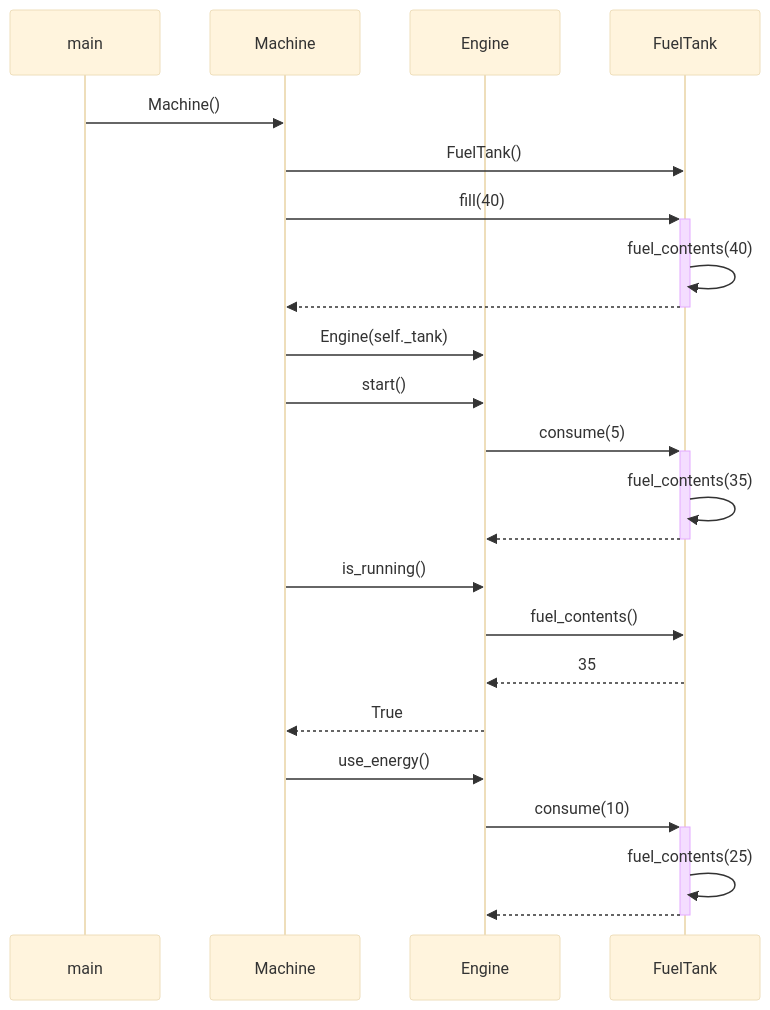
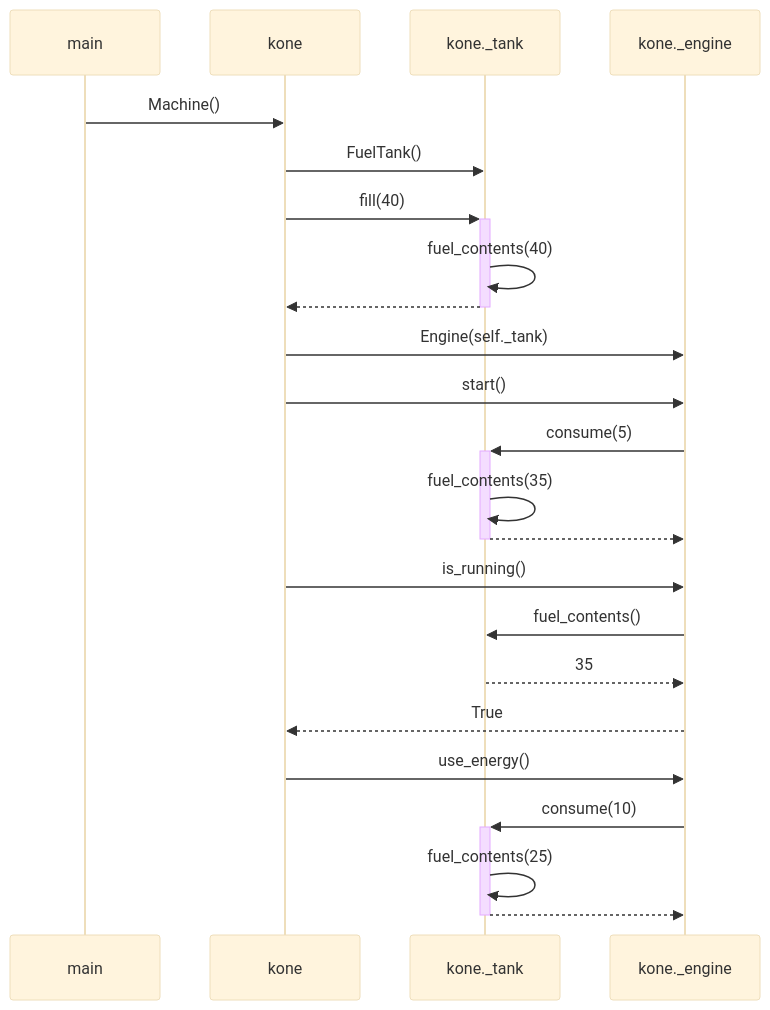
One commit to TheJiahao/ohte-harjoitustyo changed the diagram in laskarit/viikko3/t3.md. Above: the diagram before and after it, drawn with Mermaid (base theme). The commit also changed other lines of this file, not shown here.

Commit message:
Update laskari v3t3

````diff
--- a/laskarit/viikko3/t3.md
+++ b/laskarit/viikko3/t3.md
@@ -13,26 +14,21 @@
 ```mermaid
     sequenceDiagram
-    participant main
-    participant Machine
-    participant Engine
-    participant FuelTank
-
-    main ->> Machine: Machine()
-    Machine ->> FuelTank: FuelTank()
-    Machine ->>+ FuelTank: fill(40)
-    FuelTank ->> FuelTank: fuel_contents(40)
-    FuelTank -->>- Machine: 
-    Machine ->> Engine: Engine(self._tank)
-    Machine ->> Engine: start()
-    Engine ->>+ FuelTank: consume(5)
-    FuelTank ->> FuelTank: fuel_contents(35)
-    FuelTank -->>- Engine: 
-    Machine ->> Engine: is_running()
-    Engine ->> FuelTank: fuel_contents()
-    FuelTank -->> Engine: 35
-    Engine -->> Machine: True
-    Machine ->> Engine: use_energy()
-    Engine ->>+ FuelTank: consume(10)
-    FuelTank ->> FuelTank: fuel_contents(25)
-    FuelTank -->>- Engine: 
+    main ->> kone: Machine()
+    kone ->> kone._tank: FuelTank()
+    kone ->>+ kone._tank: fill(40)
+    kone._tank ->> kone._tank: fuel_contents(40)
+    kone._tank -->>- kone: 
+    kone ->> kone._engine: Engine(self._tank)
+    kone ->> kone._engine: start()
+    kone._engine ->>+ kone._tank: consume(5)
+    kone._tank ->> kone._tank: fuel_contents(35)
+    kone._tank -->>- kone._engine: 
+    kone ->> kone._engine: is_running()
+    kone._engine ->> kone._tank: fuel_contents()
+    kone._tank -->> kone._engine: 35
+    kone._engine -->> kone: True
+    kone ->> kone._engine: use_energy()
+    kone._engine ->>+ kone._tank: consume(10)
+    kone._tank ->> kone._tank: fuel_contents(25)
+    kone._tank -->>- kone._engine: 
 ```
````
